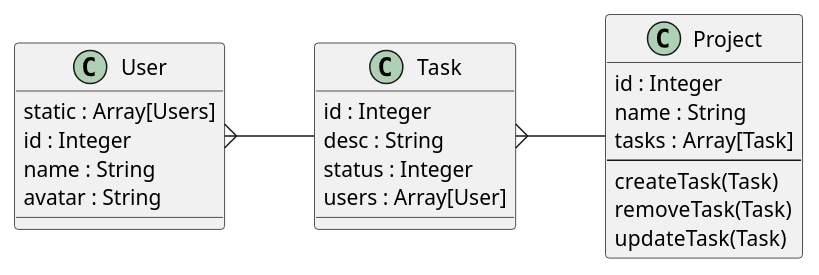
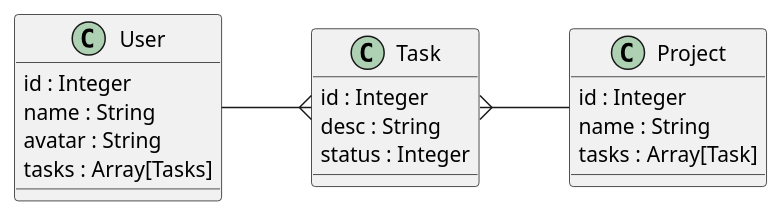
One commit to joshwilson00/SuperAwesomeKanbanBoard changed the diagram in kanban.plantuml. Above: the diagram before and after it, drawn with PlantUML. The commit also changed 3 other files, not shown here.

```diff
--- a/kanban.plantuml
+++ b/kanban.plantuml
@@ -1,33 +1,28 @@
 @startuml Kanban class diagram
 
 left to right direction
 
 class User {
-    static : Array[Users]
     id : Integer
     name : String
-    avatar : String 
+    avatar : String
+    tasks : Array[Tasks]
 }
 
 class Task {
     id : Integer
     desc : String
     status : Integer
-    users : Array[User]
 }
 
 class Project {
     id : Integer
     name : String
     tasks : Array[Task]
-    ---
-    createTask(Task)
-    removeTask(Task)
-    updateTask(Task)
 }
 
-User }-- Task
+User --{ Task
 Task }-- Project
 
 
 @enduml
```
